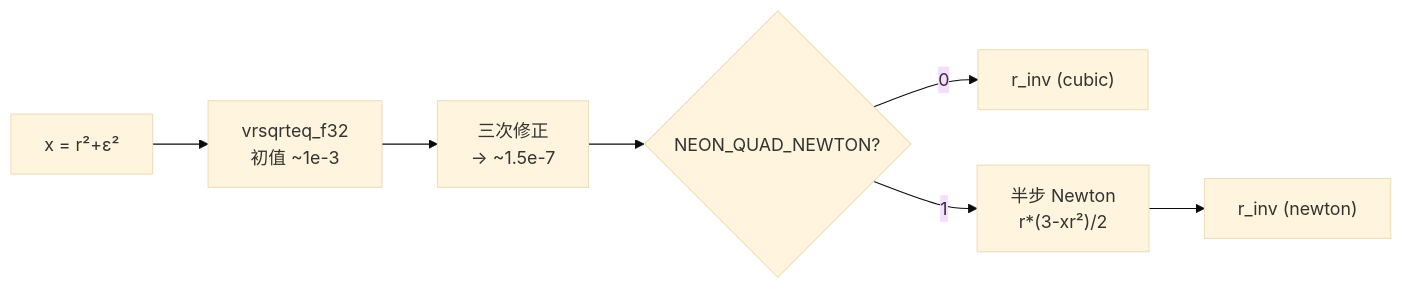
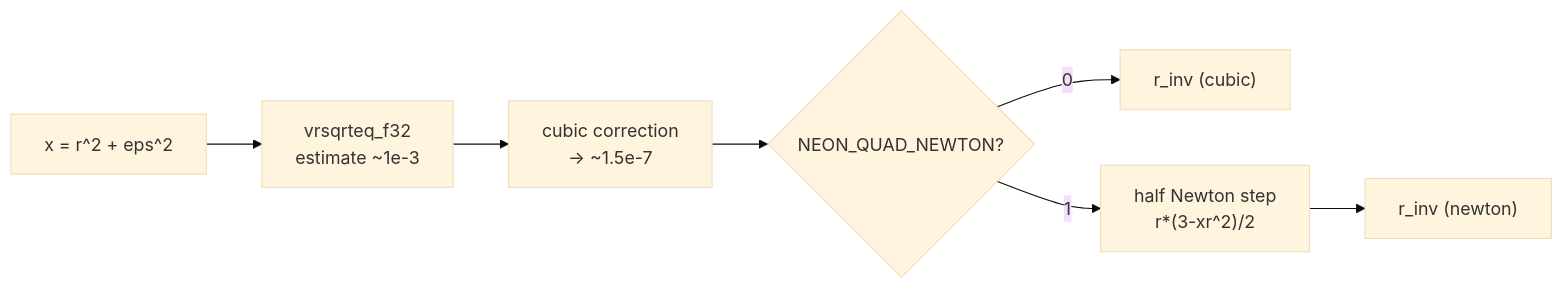
Before and after one commit to lwang-astro/PeTar: the diagram in tsv110-bench/quad_newton/REPORT.md, drawn with Mermaid (base theme). The commit also changed other lines of this file and 2 other files, not shown here.

````diff
--- a/tsv110-bench/quad_newton/REPORT.md
+++ b/tsv110-bench/quad_newton/REPORT.md
@@ -17,8 +17,8 @@
 ```mermaid
 flowchart LR
-    A["x = r²+ε²"] --> B["vrsqrteq_f32<br/>初值 ~1e-3"]
-    B --> C["三次修正<br/>→ ~1.5e-7"]
+    A["x = r^2 + eps^2"] --> B["vrsqrteq_f32<br/>estimate ~1e-3"]
+    B --> C["cubic correction<br/>-> ~1.5e-7"]
     C --> D{"NEON_QUAD_NEWTON?"}
     D -- 0 --> E["r_inv (cubic)"]
-    D -- 1 --> F["半步 Newton<br/>r*(3-xr²)/2"] --> G["r_inv (newton)"]
+    D -- 1 --> F["half Newton step<br/>r*(3-xr^2)/2"] --> G["r_inv (newton)"]
 ```
````
